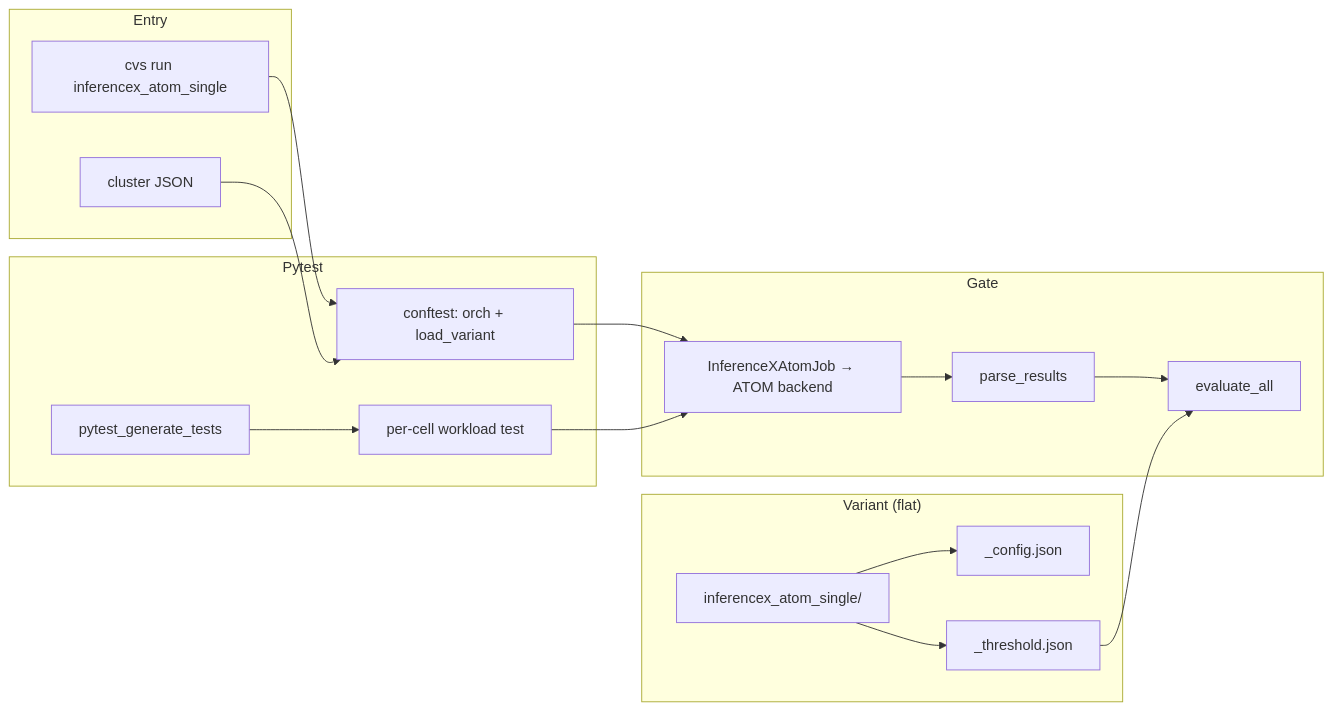
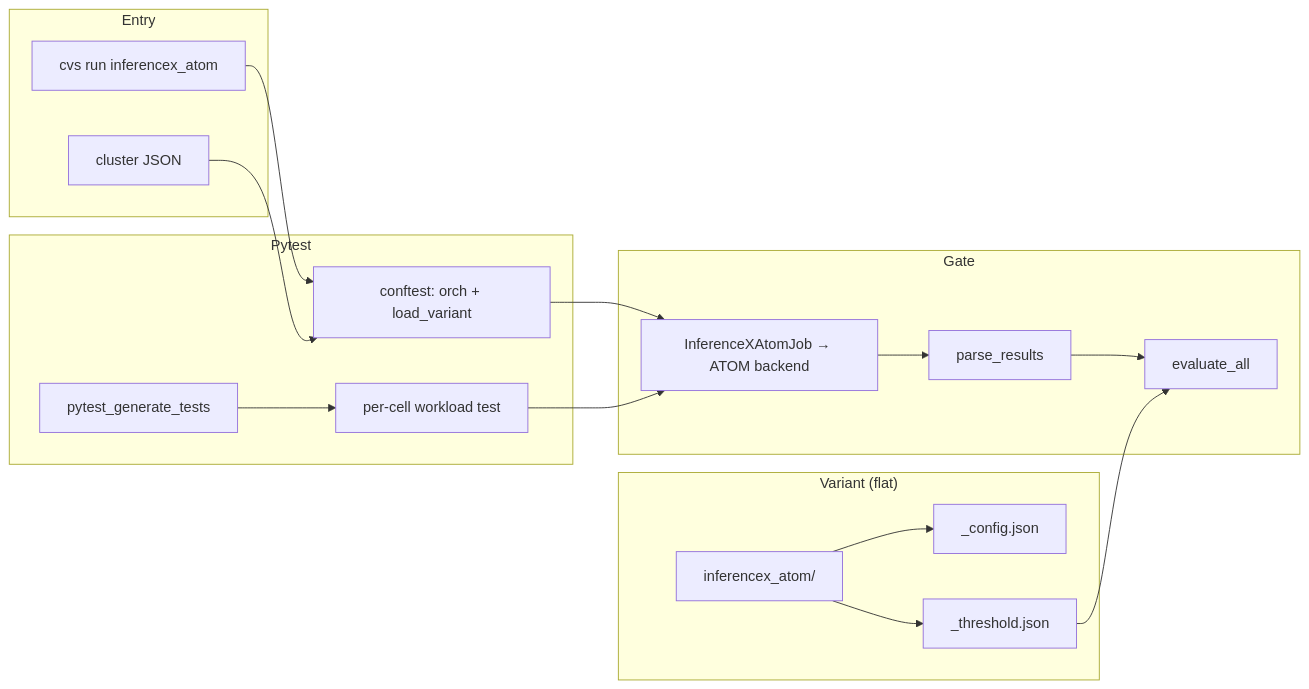
Before and after one commit to ROCm/cvs: the second of 8 diagrams in plans/inferencex-atom-cvs-automation-plan.md, drawn with Mermaid. The commit also changed other lines of this file and 3 other files, not shown here.

First line of the commit message:
docs(inferencex_atom): align plan and runbooks with PP=2 driver model

````diff
--- a/plans/inferencex-atom-cvs-automation-plan.md
+++ b/plans/inferencex-atom-cvs-automation-plan.md
@@ -182,32 +181,32 @@
 ```mermaid
 flowchart LR
   subgraph entry["Entry"]
-    CLI["cvs run inferencex_atom_single"]
+    CLI["cvs run inferencex_atom"]
     CLUSTER["cluster JSON"]
   end
   subgraph variant["Variant (flat)"]
-    DIR["inferencex_atom_single/"]
+    DIR["inferencex_atom/"]
     CONFIG["<stem>_config.json"]
     THRESH["<stem>_threshold.json"]
   end
   subgraph pytest["Pytest"]
     CONFT["conftest: orch + load_variant"]
     GEN["pytest_generate_tests"]
     TEST["per-cell workload test"]
   end
   subgraph gate["Gate"]
     JOB["InferenceXAtomJob → ATOM backend"]
     PARSE["parse_results"]
     EVAL["evaluate_all"]
   end
   CLI --> CONFT
   CLUSTER --> CONFT
   DIR --> CONFIG
   DIR --> THRESH
   CONFT --> JOB
   GEN --> TEST
   TEST --> JOB
   JOB --> PARSE
   PARSE --> EVAL
   THRESH --> EVAL
 ```
````
